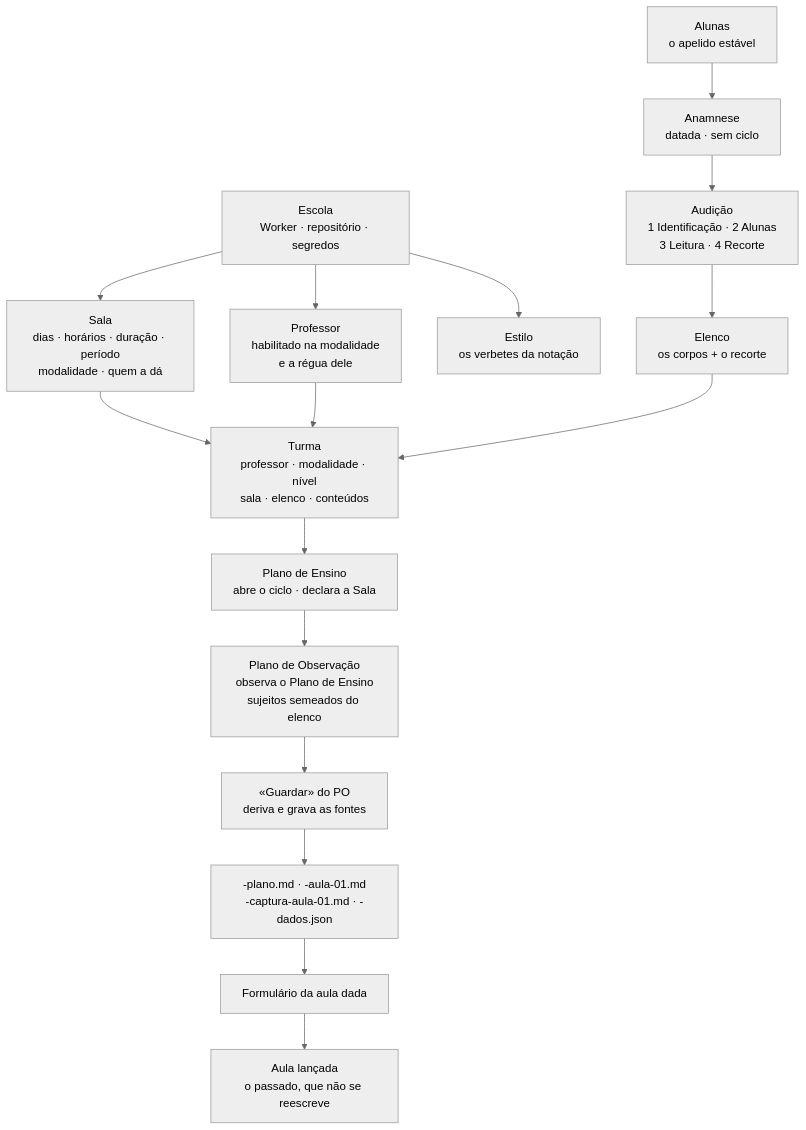
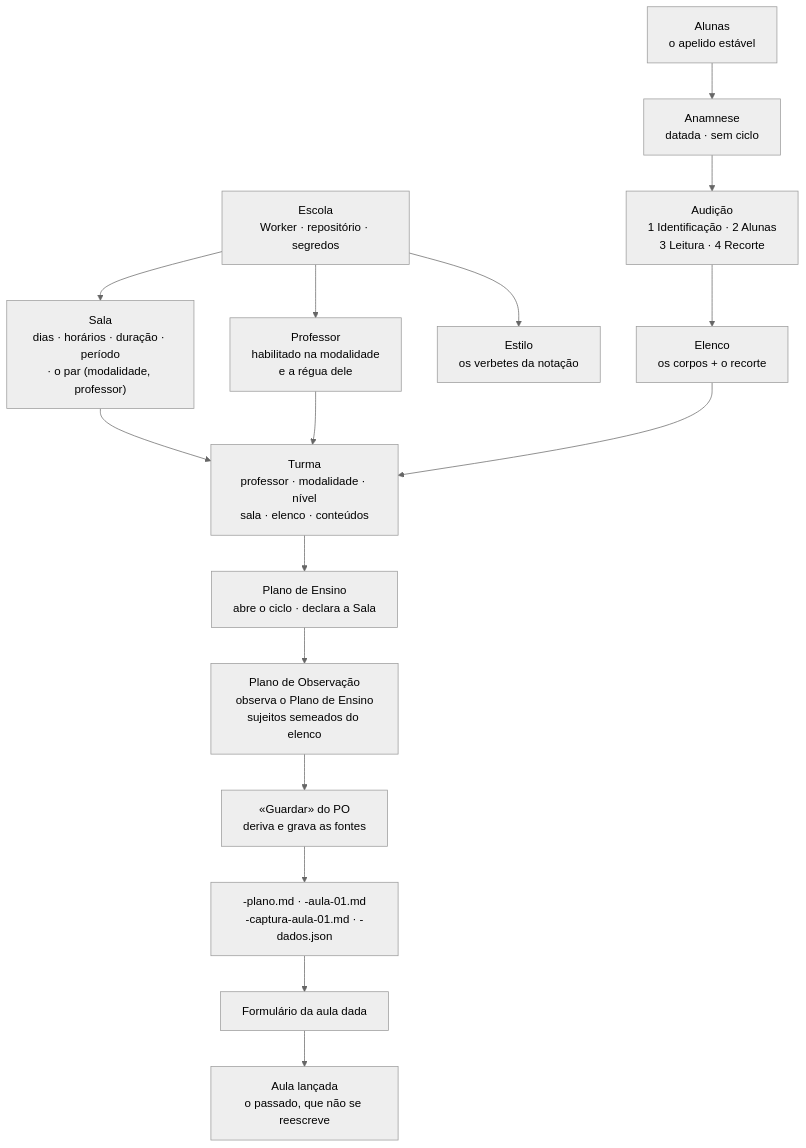
Before and after one commit to tmenegaz/danca: the second of 2 diagrams in ARQUITETURA-GERAL.md, drawn with Mermaid (neutral theme). The commit also changed other lines of this file and 6 other files, not shown here.

````diff
--- a/ARQUITETURA-GERAL.md
+++ b/ARQUITETURA-GERAL.md
@@ -466,18 +473,18 @@
 ```mermaid
 flowchart TB
-    E["Escola<br/>Worker · repositório · segredos"] --> S["Sala<br/>dias · horários · duração · período<br/>modalidade · quem a dá"]
+    E["Escola<br/>Worker · repositório · segredos"] --> S["Sala<br/>dias · horários · duração · período<br/>· o par (modalidade, professor)"]
     E --> P["Professor<br/>habilitado na modalidade<br/>e a régua dele"]
     E --> ST["Estilo<br/>os verbetes da notação"]
     A["Alunas<br/>o apelido estável"] --> AN["Anamnese<br/>datada · sem ciclo"]
     AN --> AUD["Audição<br/>1 Identificação · 2 Alunas<br/>3 Leitura · 4 Recorte"]
     AUD --> EL["Elenco<br/>os corpos + o recorte"]
     S --> T["Turma<br/>professor · modalidade · nível<br/>sala · elenco · conteúdos"]
     P --> T
     EL --> T
     T --> PE["Plano de Ensino<br/>abre o ciclo · declara a Sala"]
     PE --> PO["Plano de Observação<br/>observa o Plano de Ensino<br/>sujeitos semeados do elenco"]
     PO --> G["«Guardar» do PO<br/>deriva e grava as fontes"]
     G --> D["-plano.md · -aula-01.md<br/>-captura-aula-01.md · -dados.json"]
     D --> F["Formulário da aula dada"]
     F --> AD["Aula lançada<br/>o passado, que não se reescreve"]
 ```
````
